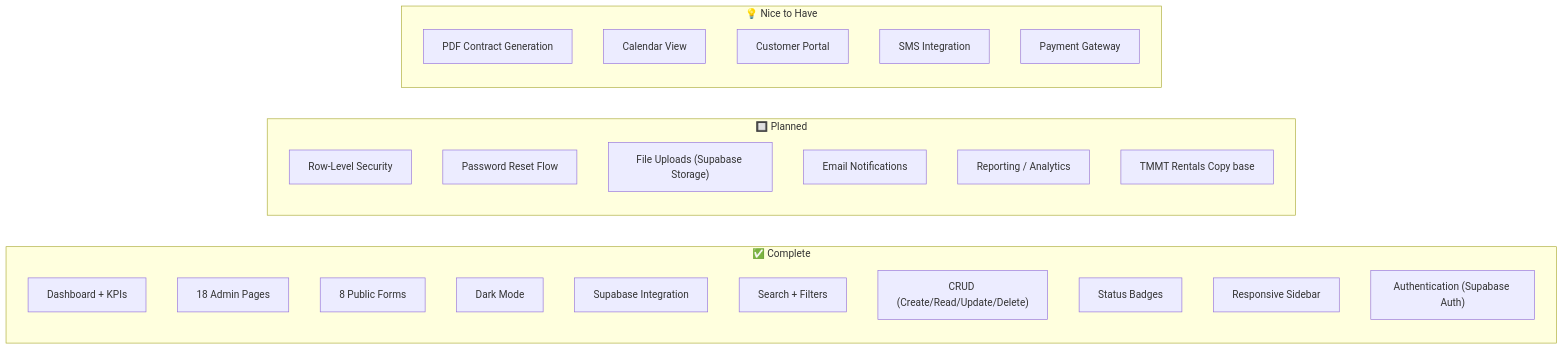
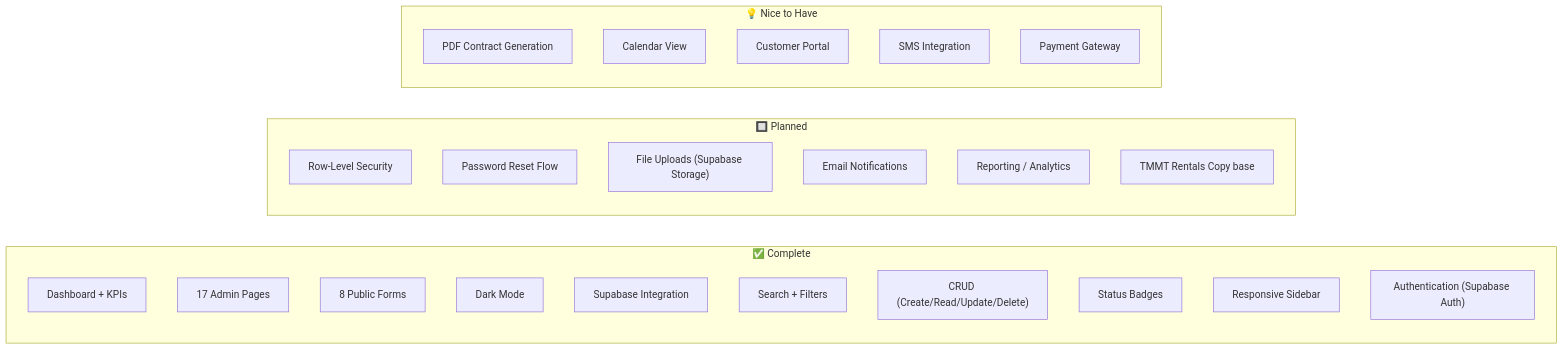
One commit to AIXMOS537/TMMT changed the diagram in docs/STATUS.md. Above: the diagram before and after it, drawn with Mermaid. The commit also changed other lines of this file and 1 other file, not shown here.

````diff
--- a/docs/STATUS.md
+++ b/docs/STATUS.md
@@ -41,32 +42,32 @@
 ```mermaid
 graph LR
     subgraph Done["✅ Complete"]
         D1["Dashboard + KPIs"]
-        D2["18 Admin Pages"]
+        D2["17 Admin Pages"]
         D3["8 Public Forms"]
         D4["Dark Mode"]
         D5["Supabase Integration"]
         D6["Search + Filters"]
         D7["CRUD (Create/Read/Update/Delete)"]
         D8["Status Badges"]
         D9["Responsive Sidebar"]
         D10["Authentication (Supabase Auth)"]
     end
 
     subgraph Planned["🔲 Planned"]
         P1["Row-Level Security"]
         P2["Password Reset Flow"]
         P3["File Uploads (Supabase Storage)"]
         P4["Email Notifications"]
         P5["Reporting / Analytics"]
         P6["TMMT Rentals Copy base"]
     end
 
     subgraph NiceToHave["💡 Nice to Have"]
         N1["PDF Contract Generation"]
         N2["Calendar View"]
         N3["Customer Portal"]
         N4["SMS Integration"]
         N5["Payment Gateway"]
     end
 ```
````
